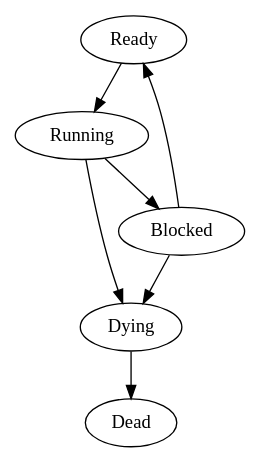
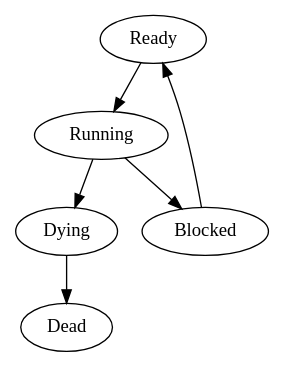
The diagram in thread_states.dot (bl0b/tinyaml), drawn with Graphviz before and after one commit. The commit also changed 25 other files, not shown here.

```diff
--- a/thread_states.dot
+++ b/thread_states.dot
@@ -1,7 +1,6 @@
 digraph Thread_States {
 
 Ready->Running->Dying;
 Running->Blocked->Ready;
-Blocked->Dying;
 Dying->Dead;
 }
```
